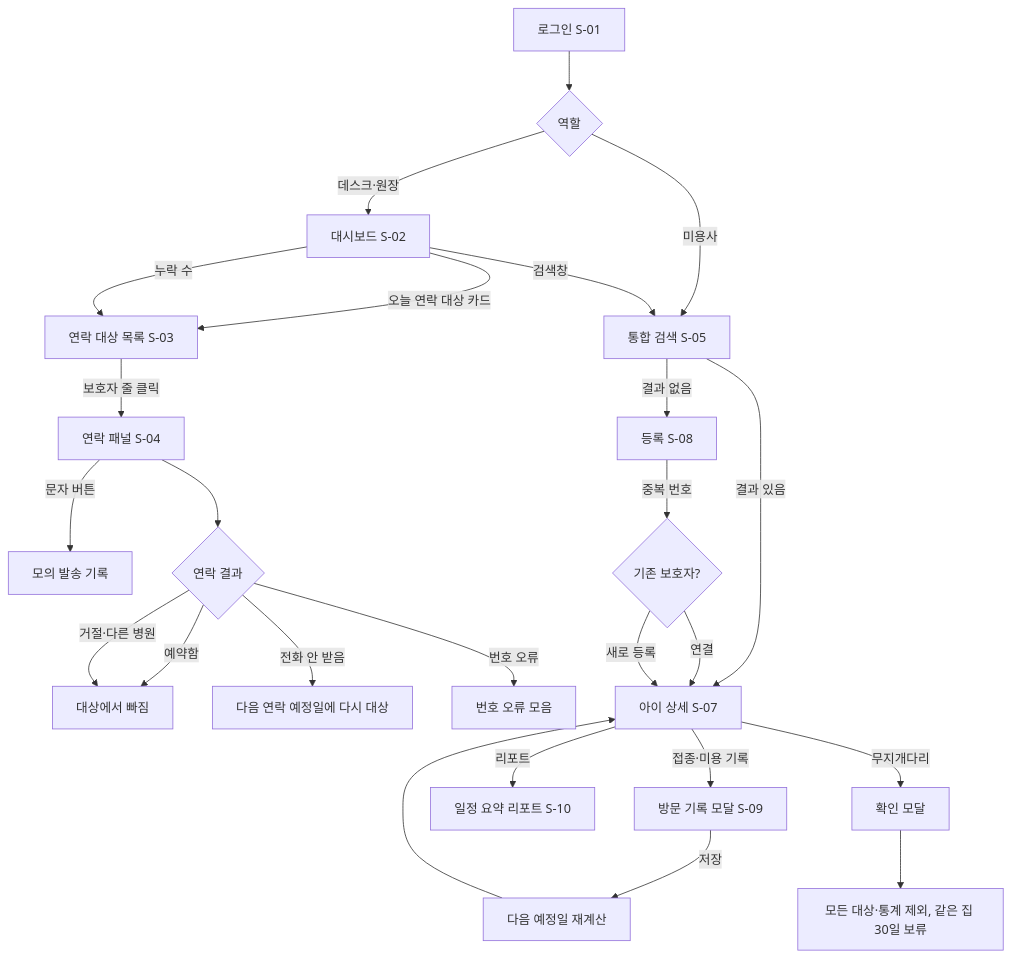
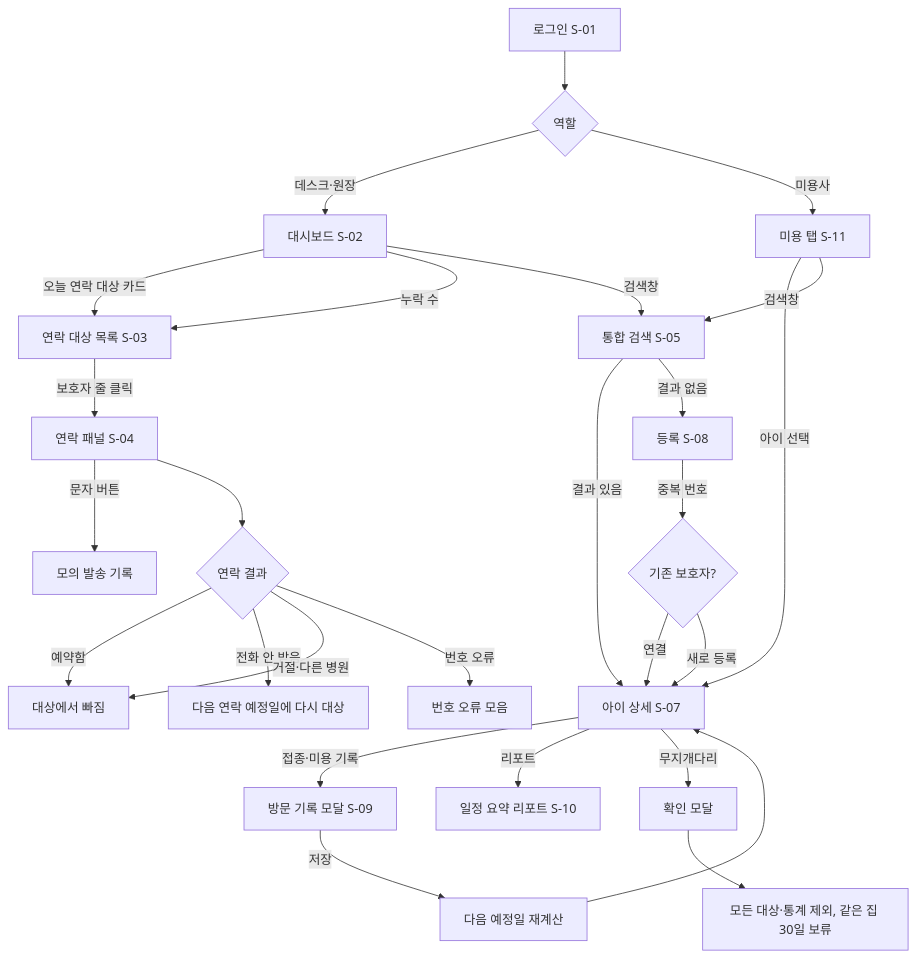
One commit to DaDaYikSun/CRM changed the diagram in docs/planning/업무 분석_사용자(2026-11-23).md. Above: the diagram before and after it, drawn with Mermaid. The commit also changed other lines of this file and 5 other files, not shown here.

````diff
--- a/docs/planning/업무 분석_사용자(2026-11-23).md
+++ b/docs/planning/업무 분석_사용자(2026-11-23).md
@@ -179,26 +181,28 @@
 ```mermaid
 flowchart TD
   L[로그인 S-01] --> R{역할}
   R -->|데스크·원장| D[대시보드 S-02]
-  R -->|미용사| SR[통합 검색 S-05]
+  R -->|미용사| GR[미용 탭 S-11]
+  GR -->|아이 선택| C
+  GR -->|검색창| SR[통합 검색 S-05]
   D -->|오늘 연락 대상 카드| T[연락 대상 목록 S-03]
   D -->|누락 수| T
   T -->|보호자 줄 클릭| P[연락 패널 S-04]
   P -->|문자 버튼| M[모의 발송 기록]
   P --> RES{연락 결과}
   RES -->|예약함| OUT[대상에서 빠짐]
   RES -->|전화 안 받음| NEXT[다음 연락 예정일에 다시 대상]
   RES -->|거절·다른 병원| OUT
   RES -->|번호 오류| ERR[번호 오류 모음]
   D -->|검색창| SR
   SR -->|결과 있음| C[아이 상세 S-07]
   SR -->|결과 없음| REG[등록 S-08]
   REG -->|중복 번호| DUP{기존 보호자?}
   DUP -->|연결| C
   DUP -->|새로 등록| C
   C -->|접종·미용 기록| V[방문 기록 모달 S-09]
   V -->|저장| DUE[다음 예정일 재계산]
   DUE --> C
   C -->|리포트| RP[일정 요약 리포트 S-10]
   C -->|무지개다리| RB[확인 모달] --> HOLD[모든 대상·통계 제외, 같은 집 30일 보류]
 ```
````
